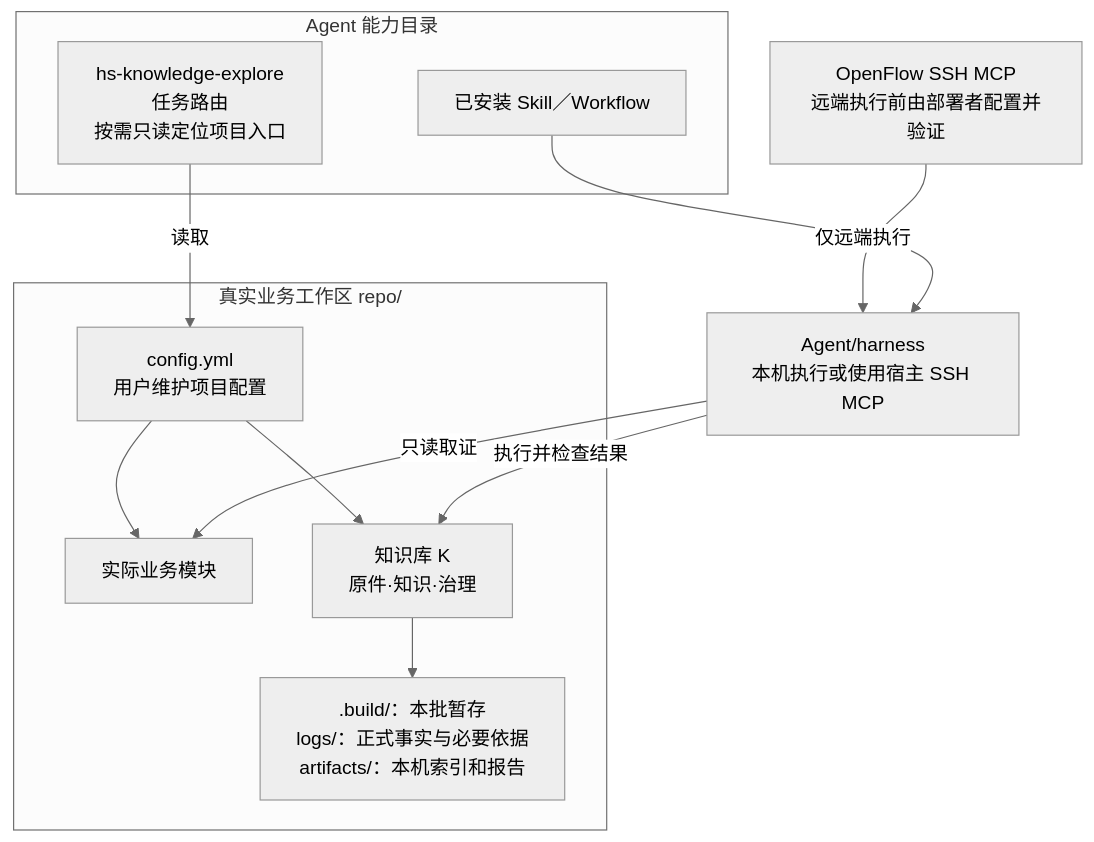
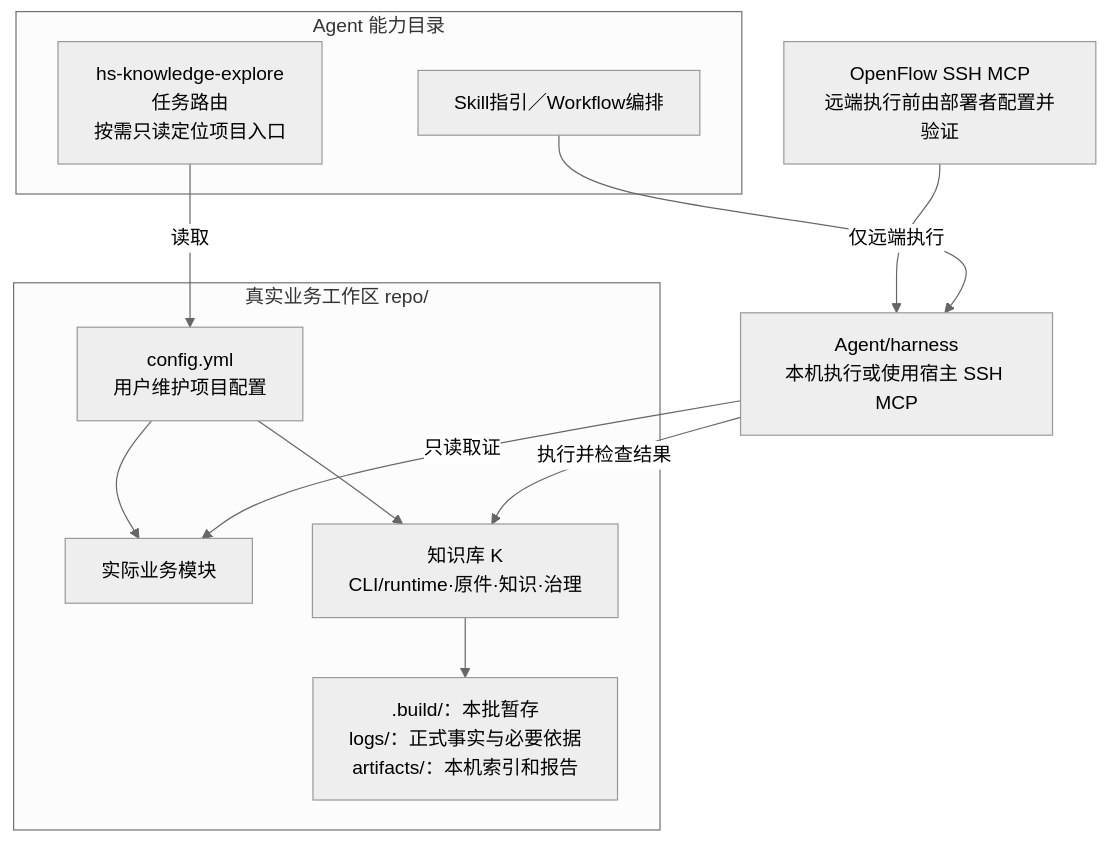
Before and after one commit to Robin-hhc/FactumCore: the second of 4 diagrams in himate-knowledge-wifi-mp/docs-llm-wiki/知识库关键点.md, drawn with Mermaid (neutral theme). The commit also changed other lines of this file and 171 other files, not shown here.

First line of the commit message:
feat(knowledge): ship repository-owned CLI runtime

````diff
--- a/himate-knowledge-wifi-mp/docs-llm-wiki/知识库关键点.md
+++ b/himate-knowledge-wifi-mp/docs-llm-wiki/知识库关键点.md
@@ -42,21 +43,21 @@
 ```mermaid
 flowchart TD
     subgraph AGENT["Agent 能力目录"]
         SETUP["hs-knowledge-explore<br/>任务路由<br/>按需只读定位项目入口"]
-        S["已安装 Skill／Workflow"]
+        S["Skill指引／Workflow编排"]
     end
     subgraph WORKSPACE["真实业务工作区 repo/"]
         CONFIG["config.yml<br/>用户维护项目配置"]
         CODE["实际业务模块"]
-        K["知识库 K<br/>原件·知识·治理"]
+        K["知识库 K<br/>CLI/runtime·原件·知识·治理"]
         OUT[".build/：本批暂存<br/>logs/：正式事实与必要依据<br/>artifacts/：本机索引和报告"]
         CONFIG --> CODE
         CONFIG --> K
         K --> OUT
     end
     SETUP -->|"读取"| CONFIG
     SSH["OpenFlow SSH MCP<br/>远端执行前由部署者配置并验证"] -->|"仅远端执行"| HARNESS["Agent/harness<br/>本机执行或使用宿主 SSH MCP"]
     S --> HARNESS
     HARNESS -->|"执行并检查结果"| K
     HARNESS -->|"只读取证"| CODE
 ```
````
